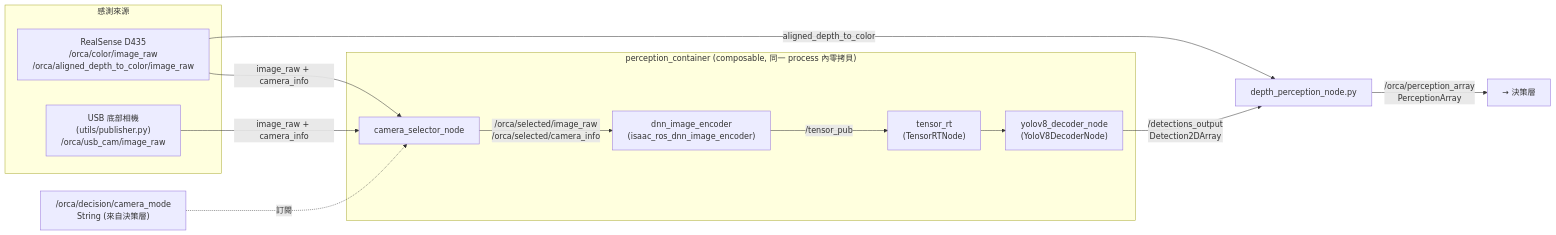
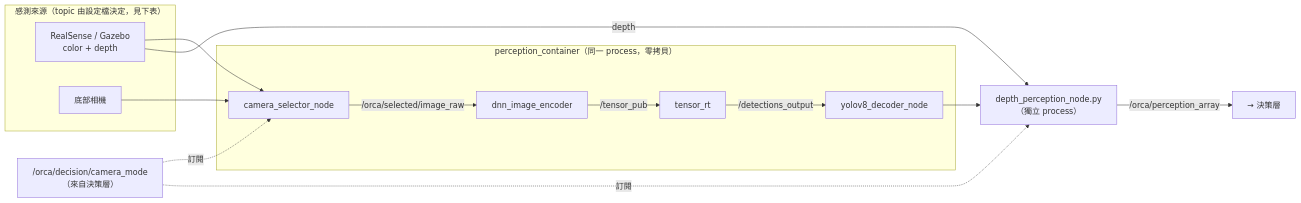
The first of 2 diagrams in ARCHITECTURE.md (NCTU-AUV/SAUVC-JETSON), drawn with Mermaid before and after one commit. The commit also changed other lines of this file, not shown here.

````diff
--- a/ARCHITECTURE.md
+++ b/ARCHITECTURE.md
@@ -61,28 +49,28 @@
 ```mermaid
 flowchart LR
-    subgraph SENS["感測來源"]
-        RS["RealSense D435\n/orca/color/image_raw\n/orca/aligned_depth_to_color/image_raw"]
-        USB["USB 底部相機\n(utils/publisher.py)\n/orca/usb_cam/image_raw"]
+    subgraph SENS["感測來源（topic 由設定檔決定，見下表）"]
+        RS["RealSense / Gazebo\ncolor + depth"]
+        USB["底部相機"]
     end
 
-    subgraph PC["perception_container (composable, 同一 process 內零拷貝)"]
+    subgraph PC["perception_container（同一 process，零拷貝）"]
         CS["camera_selector_node"]
-        ENC["dnn_image_encoder\n(isaac_ros_dnn_image_encoder)"]
-        TRT["tensor_rt\n(TensorRTNode)"]
-        YOLO["yolov8_decoder_node\n(YoloV8DecoderNode)"]
+        ENC["dnn_image_encoder"]
+        TRT["tensor_rt"]
+        YOLO["yolov8_decoder_node"]
     end
 
-    DP["depth_perception_node.py"]
+    DP["depth_perception_node.py\n（獨立 process）"]
 
-    RS -->|image_raw + camera_info| CS
-    USB -->|image_raw + camera_info| CS
-    CS -->|"/orca/selected/image_raw\n/orca/selected/camera_info"| ENC
+    RS --> CS
+    USB --> CS
+    CS -->|"/orca/selected/image_raw"| ENC
     ENC -->|/tensor_pub| TRT
-    TRT --> YOLO
-    YOLO -->|"/detections_output\nDetection2DArray"| DP
-    RS -->|aligned_depth_to_color| DP
+    TRT -->|"/detections_output"| YOLO
+    YOLO --> DP
+    RS -->|depth| DP
+    DP -->|"/orca/perception_array"| OUT["→ 決策層"]
 
-    DP -->|"/orca/perception_array\nPerceptionArray"| OUT["→ 決策層"]
-
-    CAMMODE["/orca/decision/camera_mode\nString (來自決策層)"] -.訂閱.-> CS
+    CAMMODE["/orca/decision/camera_mode\n（來自決策層）"] -.訂閱.-> CS
+    CAMMODE -.訂閱.-> DP
 ```
````
